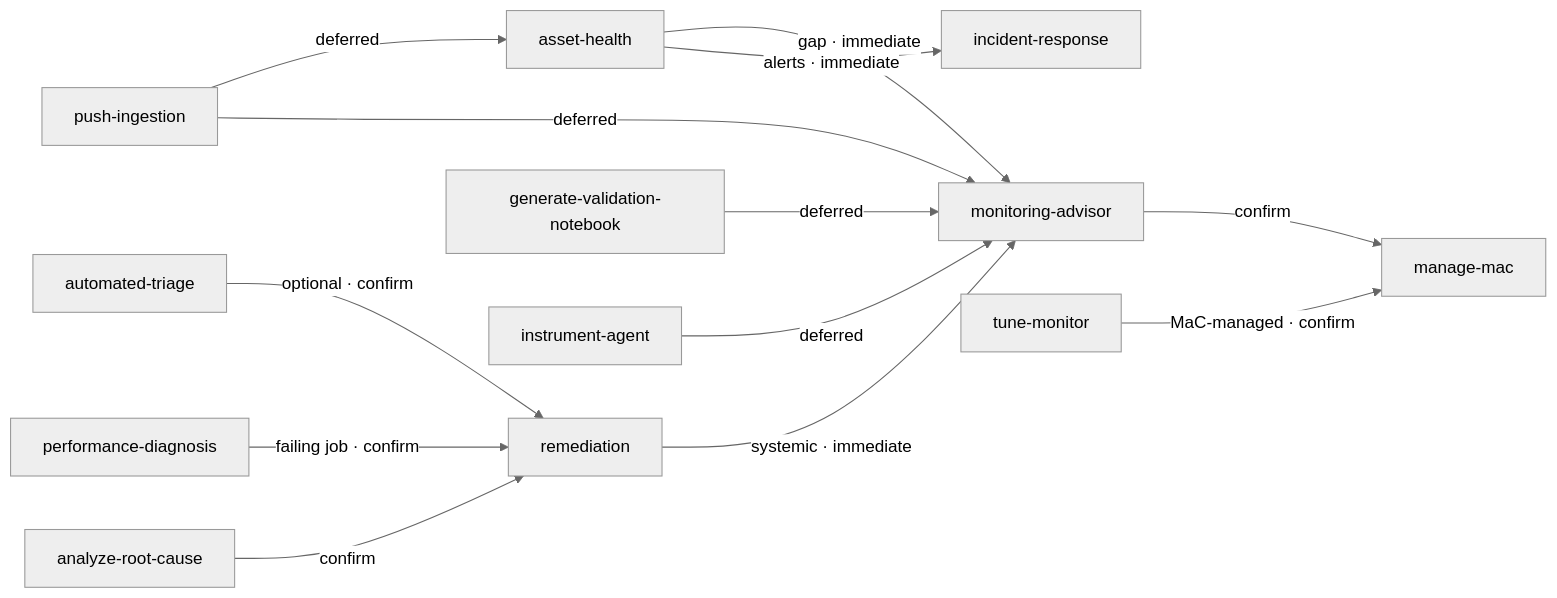
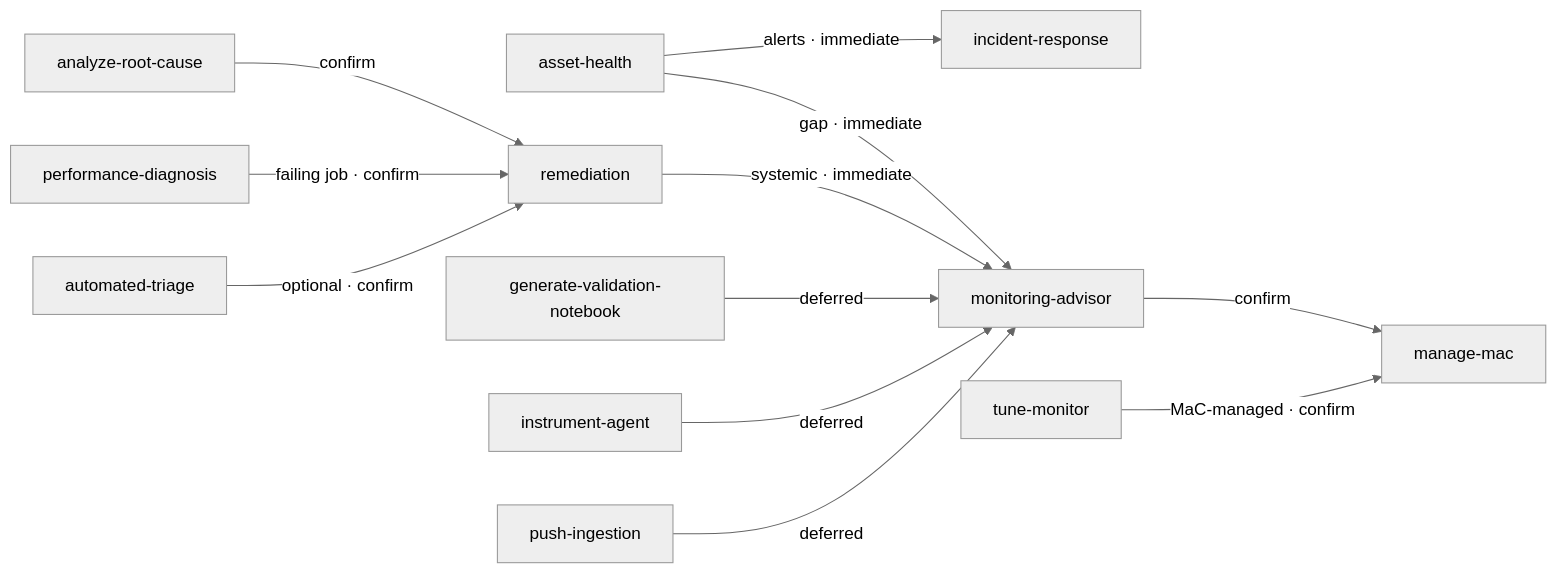
The diagram in skills/CHAINING.md (monte-carlo-data/mc-agent-toolkit), drawn with Mermaid (neutral theme) before and after one commit. The commit also changed other lines of this file and 5 other files, not shown here.

````diff
--- a/skills/CHAINING.md
+++ b/skills/CHAINING.md
@@ -41,15 +41,14 @@
 ```mermaid
 flowchart LR
   ah["asset-health"] -->|"alerts · immediate"| ir["incident-response"]
   ah -->|"gap · immediate"| ma["monitoring-advisor"]
   arc["analyze-root-cause"] -->|"confirm"| rem["remediation"]
   rem -->|"systemic · immediate"| ma
   ma -->|"confirm"| mm["manage-mac"]
   tm["tune-monitor"] -->|"MaC-managed · confirm"| mm
   pd["performance-diagnosis"] -->|"failing job · confirm"| rem
   gvn["generate-validation-notebook"] -->|"deferred"| ma
   ia["instrument-agent"] -->|"deferred"| ma
   pi["push-ingestion"] -->|"deferred"| ma
-  pi -->|"deferred"| ah
   at["automated-triage"] -->|"optional · confirm"| rem
 ```
````
